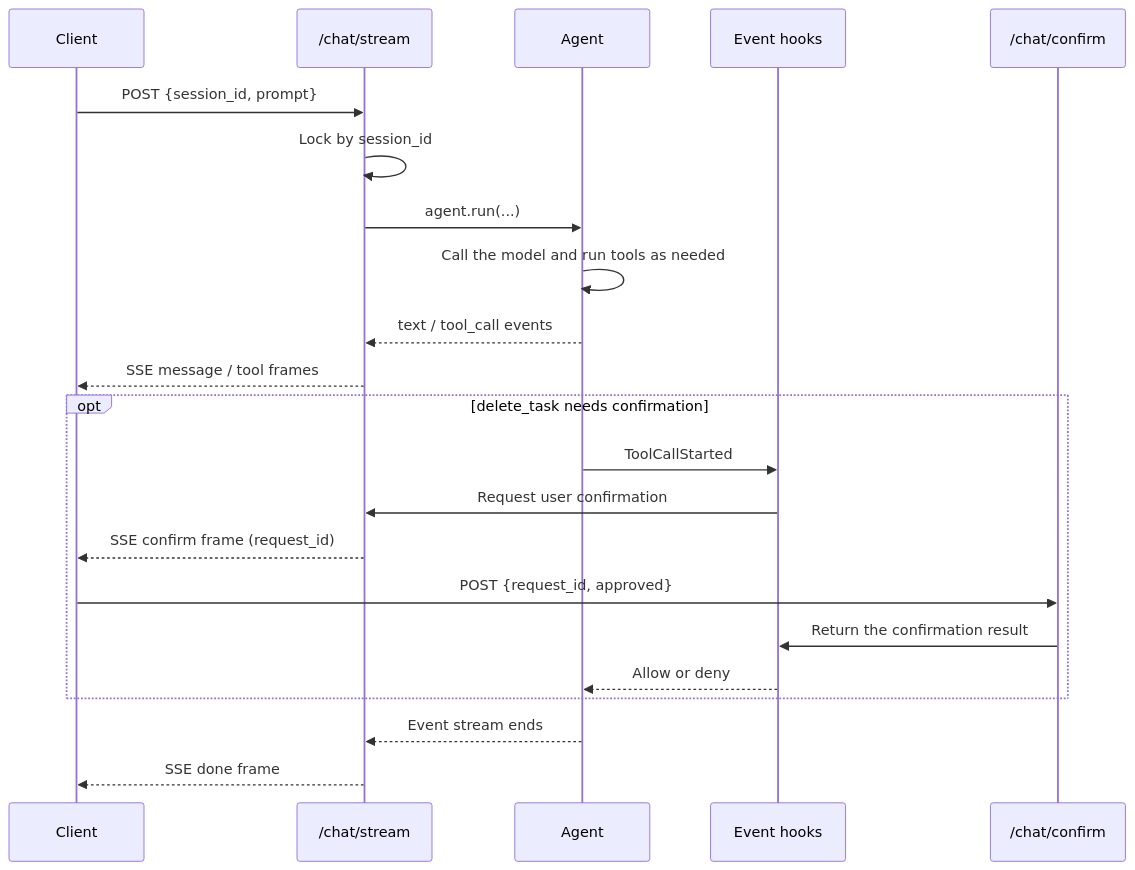
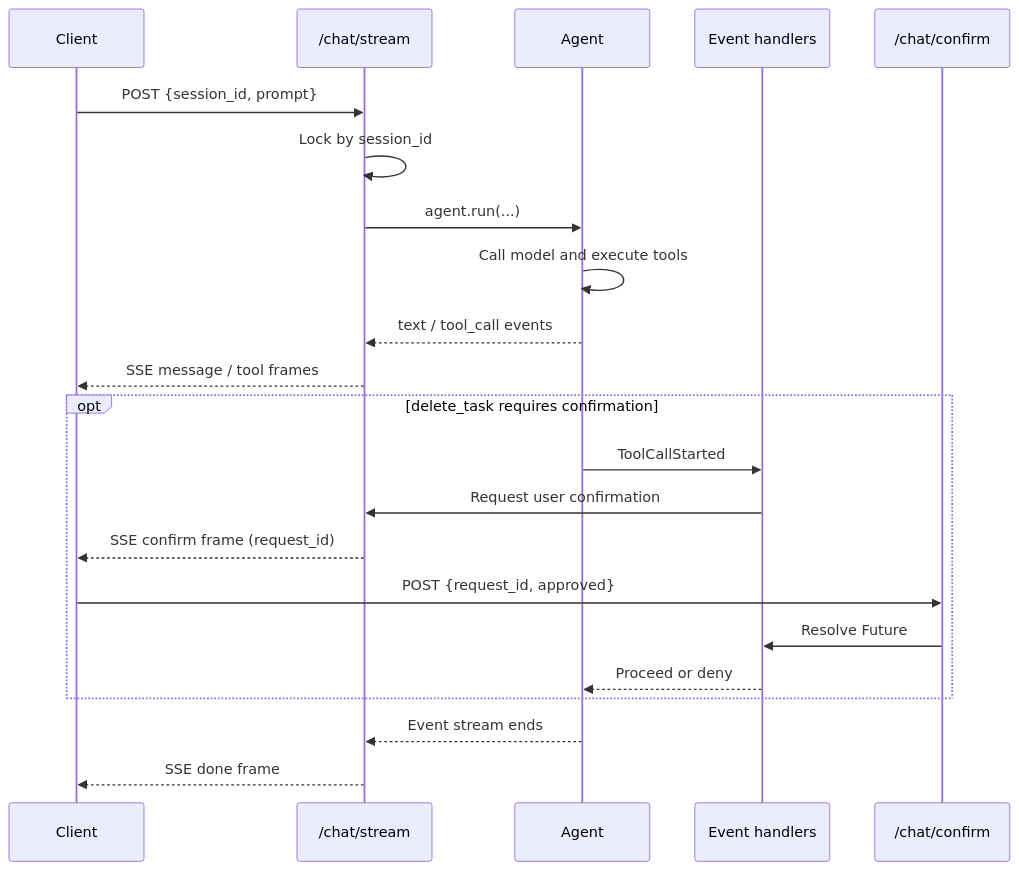
One commit to bubbuild/bub changed the diagram in website/src/content/docs/docs/sdk/web-service.mdx. Above: the diagram before and after it, drawn with Mermaid. The commit also changed other lines of this file and 74 other files, not shown here.

````diff
--- a/website/src/content/docs/docs/sdk/web-service.mdx
+++ b/website/src/content/docs/docs/sdk/web-service.mdx
@@ -431,27 +369,27 @@
 ```mermaid
 sequenceDiagram
     participant C as Client
     participant S as /chat/stream
     participant A as Agent
-    participant H as Event hooks
+    participant H as Event handlers
     participant K as /chat/confirm
 
     C->>S: POST {session_id, prompt}
     S->>S: Lock by session_id
     S->>A: agent.run(...)
-    A->>A: Call the model and run tools as needed
+    A->>A: Call model and execute tools
     A-->>S: text / tool_call events
     S-->>C: SSE message / tool frames
 
-    opt delete_task needs confirmation
+    opt delete_task requires confirmation
         A->>H: ToolCallStarted
         H->>S: Request user confirmation
         S-->>C: SSE confirm frame (request_id)
         C->>K: POST {request_id, approved}
-        K->>H: Return the confirmation result
-        H-->>A: Allow or deny
+        K->>H: Resolve Future
+        H-->>A: Proceed or deny
     end
 
     A-->>S: Event stream ends
     S-->>C: SSE done frame
 ```
````
